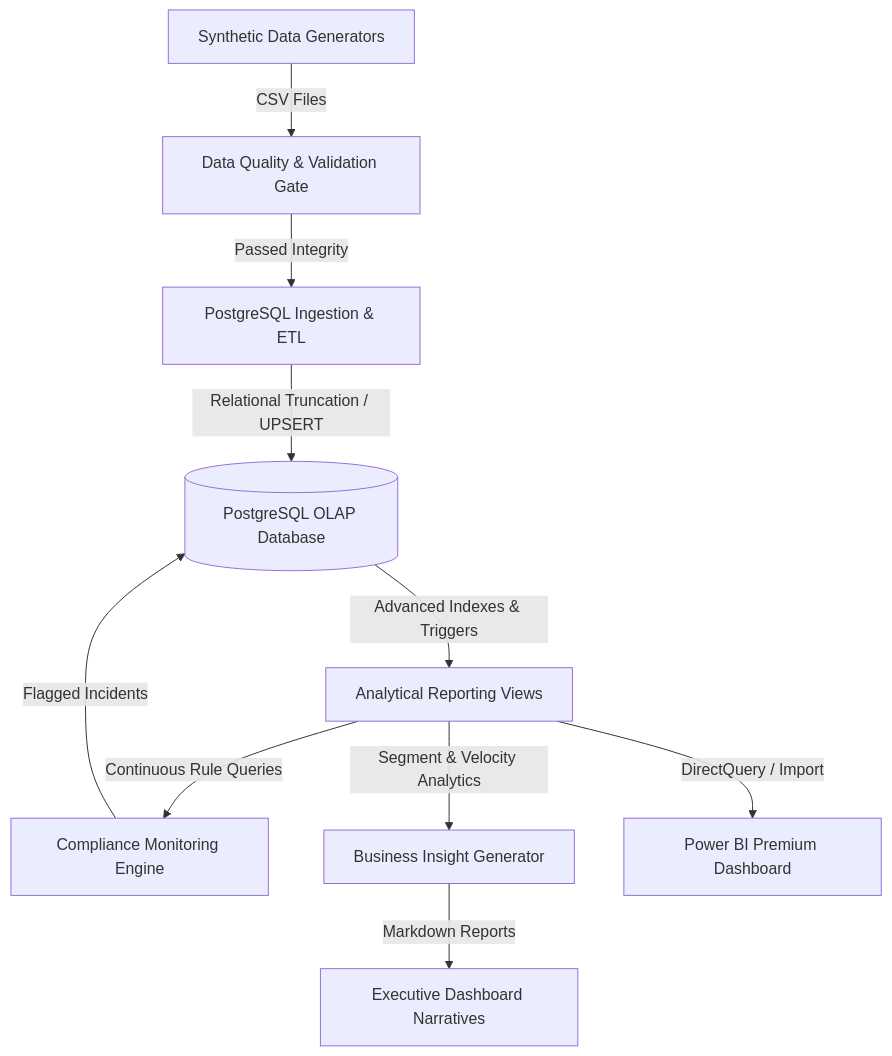
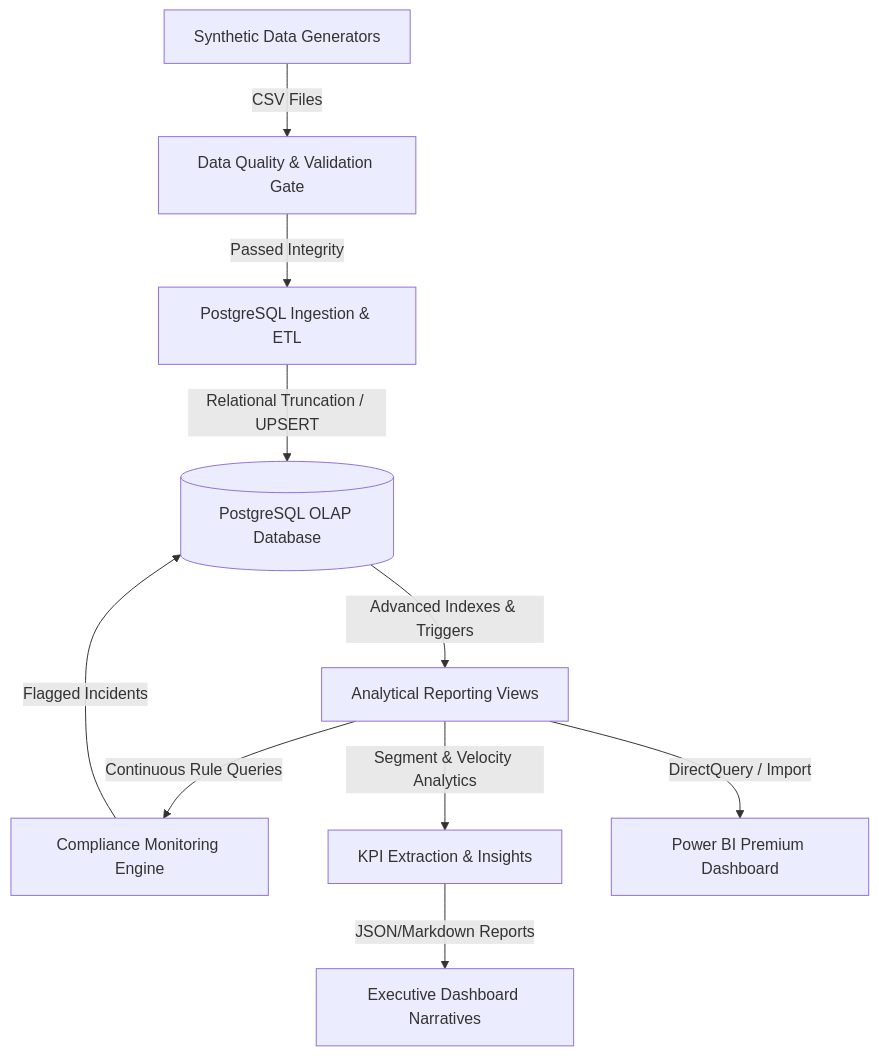
One commit to alonsobern/banking-operations-compliance-platform changed the first of 2 diagrams in README.md. Above: the diagram before and after it, drawn with Mermaid. The commit also changed other lines of this file, not shown here.

Commit message:
docs: expand README with executive summary, refined architecture diagrams, and updated data pipeline execution instructions

````diff
--- a/README.md
+++ b/README.md
@@ -15,12 +24,12 @@
 ```mermaid
 flowchart TD
     A[Synthetic Data Generators] -->|CSV Files| B[Data Quality & Validation Gate]
     B -->|Passed Integrity| C[PostgreSQL Ingestion & ETL]
     C -->|Relational Truncation / UPSERT| D[(PostgreSQL OLAP Database)]
     D -->|Advanced Indexes & Triggers| E[Analytical Reporting Views]
     E -->|Continuous Rule Queries| F[Compliance Monitoring Engine]
-    E -->|Segment & Velocity Analytics| G[Business Insight Generator]
+    E -->|Segment & Velocity Analytics| G[KPI Extraction & Insights]
     F -->|Flagged Incidents| D
-    G -->|Markdown Reports| H[Executive Dashboard Narratives]
+    G -->|JSON/Markdown Reports| H[Executive Dashboard Narratives]
     E -->|DirectQuery / Import| I[Power BI Premium Dashboard]
 ```
````
